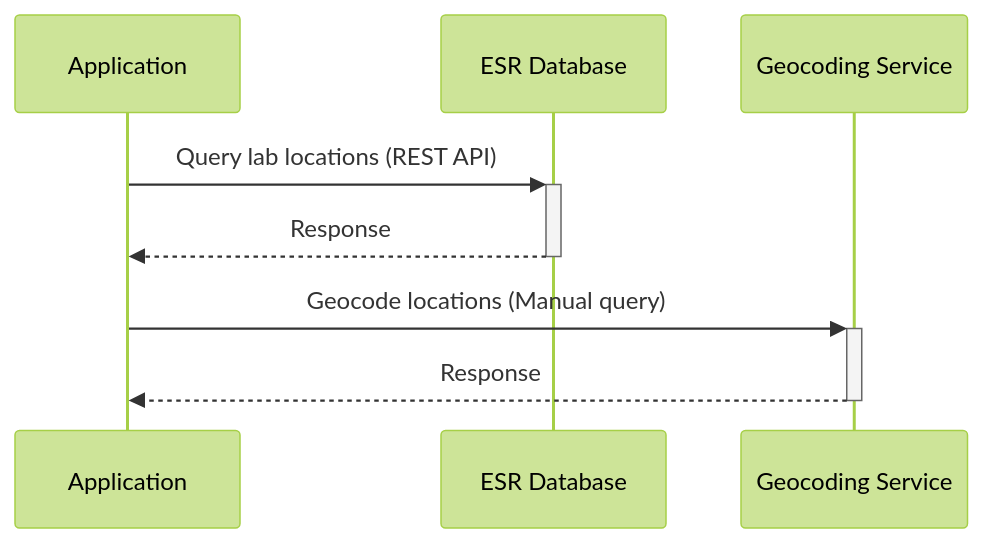
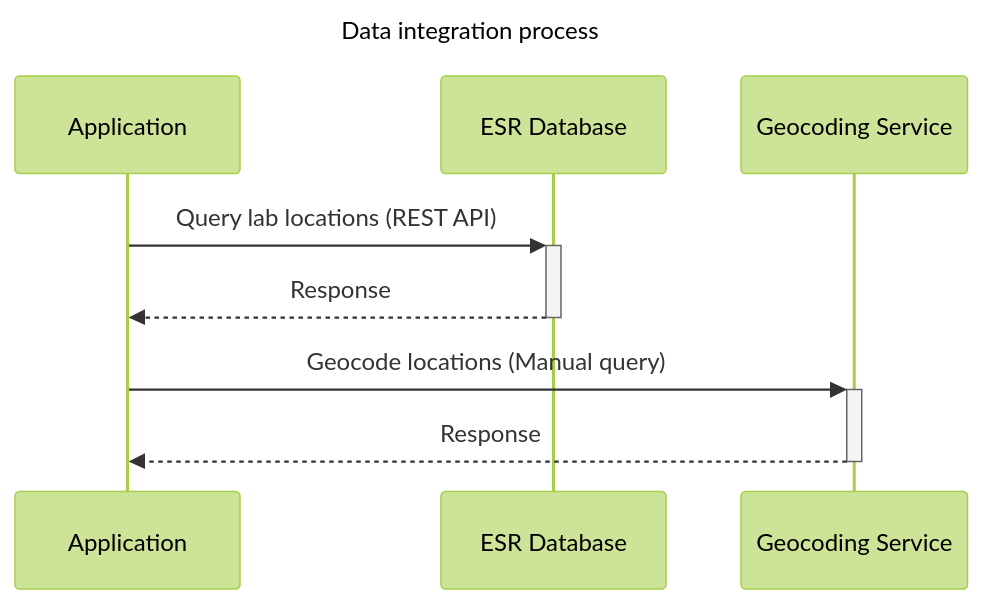
The diagram in data-visualization/src/test-esr-import.md (VCityTeam/PEPR-VDBI), drawn with Mermaid before and after one commit. The commit also changed other lines of this file and 8 other files, not shown here.

Commit message:
update mermaid themes for light backgrounds

````diff
--- a/data-visualization/src/test-esr-import.md
+++ b/data-visualization/src/test-esr-import.md
@@ -13,11 +13,12 @@
 ```mermaid
 ---
+title: Data integration process
 config:
   theme: forest
 ---
 sequenceDiagram
   Application->>+ESR Database: Query lab locations (REST API)
   ESR Database-->>-Application: Response
   Application->>+Geocoding Service: Geocode locations (Manual query)
   Geocoding Service-->>-Application: Response
 ```
````
